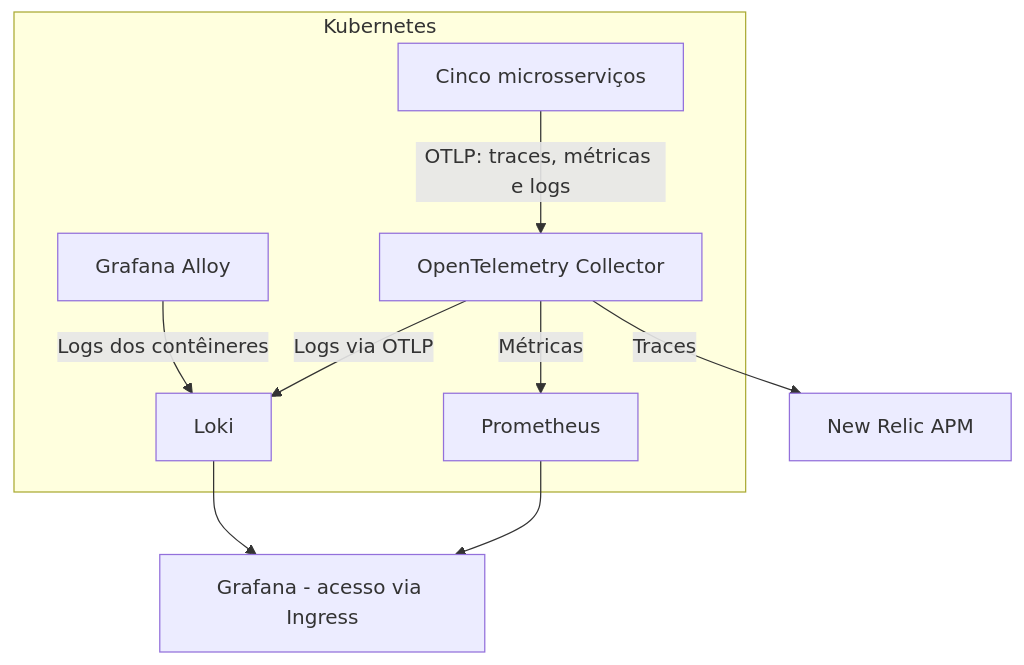
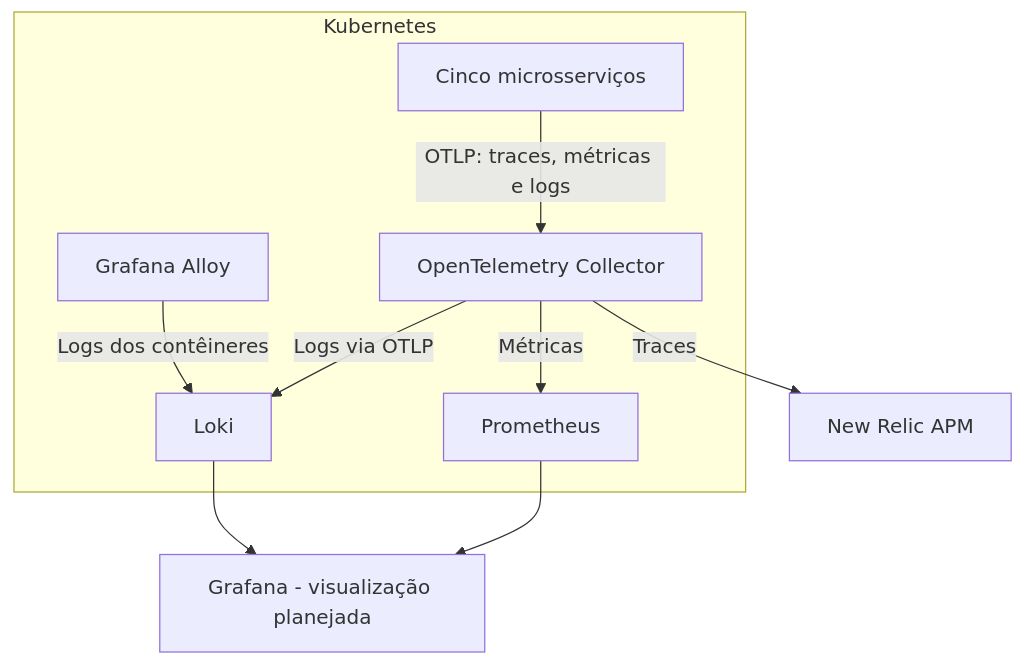
Before and after one commit to castilhoarth/tech-challenge-3-k8s: the first of 2 diagrams in PROJETO - Fase4.md, drawn with Mermaid. The commit also changed other lines of this file and 65 other files, not shown here.

````diff
--- a/PROJETO - Fase4.md
+++ b/PROJETO - Fase4.md
@@ -70,18 +82,18 @@
 ```mermaid
 flowchart TD
     subgraph K8S["Kubernetes"]
         S["Cinco microsserviços"]
         A["Grafana Alloy"]
         O["OpenTelemetry Collector"]
         P["Prometheus"]
         L["Loki"]
     end
 
     S -->|"OTLP: traces, métricas e logs"| O
     O -->|"Traces"| N["New Relic APM"]
     O -->|"Métricas"| P
     O -->|"Logs via OTLP"| L
     A -->|"Logs dos contêineres"| L
-    P --> G["Grafana - acesso via Ingress"]
+    P --> G["Grafana - visualização planejada"]
     L --> G
 ```
````
